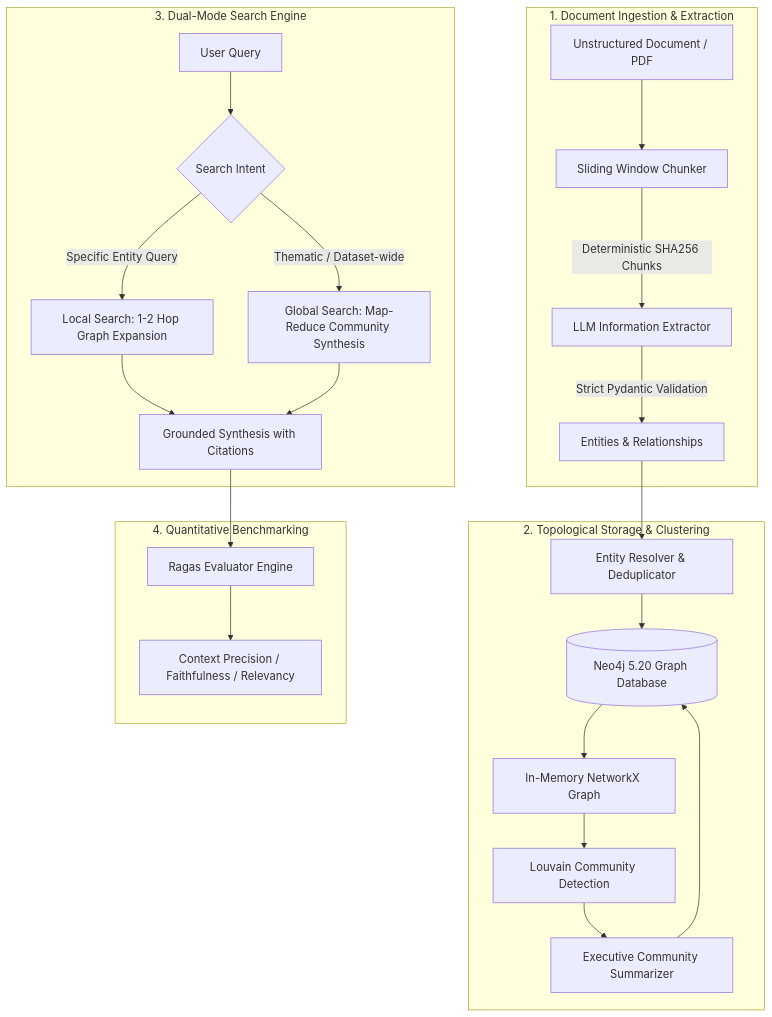
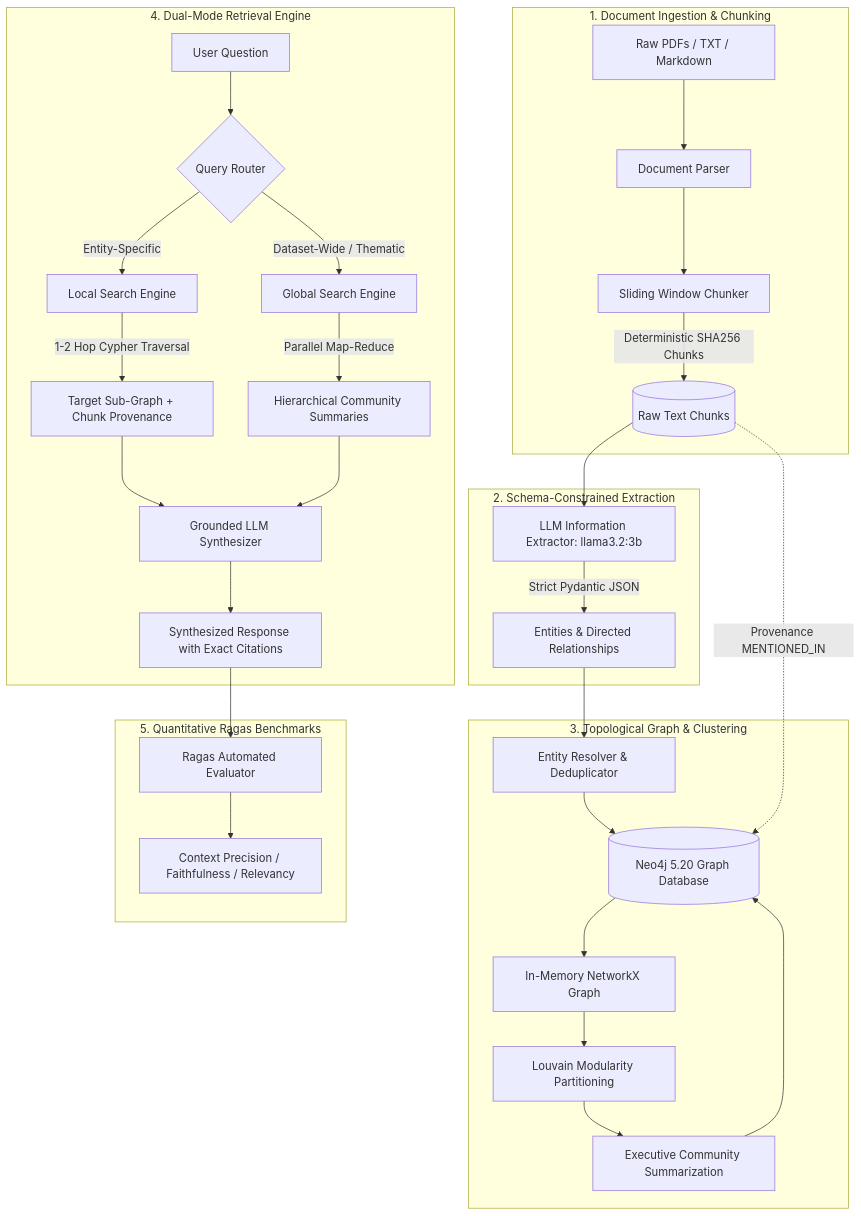
The diagram in README.md (RajatSharma404/GraphRAG), drawn with Mermaid before and after one commit. The commit also changed other lines of this file, not shown here.

Commit message:
docs: comprehensive detailed README with architecture, benchmarks, ADRs, and dual web UIs

````diff
--- a/README.md
+++ b/README.md
@@ -9,30 +36,41 @@
 ```mermaid
 flowchart TD
-    subgraph Ingestion ["1. Document Ingestion & Extraction"]
-        Doc[Unstructured Document / PDF] --> Chunker[Sliding Window Chunker]
-        Chunker -->|Deterministic SHA256 Chunks| Extractor[LLM Information Extractor]
-        Extractor -->|Strict Pydantic Validation| Schemas[Entities & Relationships]
+    subgraph Ingestion ["1. Document Ingestion & Chunking"]
+        RawDocs[Raw PDFs / TXT / Markdown] --> Parser[Document Parser]
+        Parser --> Chunker[Sliding Window Chunker]
+        Chunker -->|Deterministic SHA256 Chunks| Chunks[(Raw Text Chunks)]
     end
 
-    subgraph GraphDB ["2. Topological Storage & Clustering"]
-        Schemas --> Ingester[Entity Resolver & Deduplicator]
-        Ingester --> Neo4j[(Neo4j 5.20 Graph Database)]
-        Neo4j --> NetworkX[In-Memory NetworkX Graph]
-        NetworkX --> Louvain[Louvain Community Detection]
-        Louvain --> Summarizer[Executive Community Summarizer]
+    subgraph Extraction ["2. Schema-Constrained Extraction"]
+        Chunks --> Extractor[LLM Information Extractor: llama3.2:3b]
+        Extractor -->|Strict Pydantic JSON| Schemas[Entities & Directed Relationships]
+    end
+
+    subgraph GraphDB ["3. Topological Graph & Clustering"]
+        Schemas --> Resolver[Entity Resolver & Deduplicator]
+        Resolver --> Neo4j[(Neo4j 5.20 Graph Database)]
+        Chunks -.->|Provenance MENTIONED_IN| Neo4j
+        Neo4j --> Projection[In-Memory NetworkX Graph]
+        Projection --> Louvain[Louvain Modularity Partitioning]
+        Louvain --> Summarizer[Executive Community Summarization]
         Summarizer --> Neo4j
     end
 
-    subgraph DualRetrieval ["3. Dual-Mode Search Engine"]
-        UserQ[User Query] --> Router{Search Intent}
-        Router -->|Specific Entity Query| Local[Local Search: 1-2 Hop Graph Expansion]
-        Router -->|Thematic / Dataset-wide| Global[Global Search: Map-Reduce Community Synthesis]
-        Local --> Synthesis[Grounded Synthesis with Citations]
-        Global --> Synthesis
+    subgraph Retrieval ["4. Dual-Mode Retrieval Engine"]
+        UserQuery[User Question] --> Router{Query Router}
+        Router -->|Entity-Specific| LocalSearch[Local Search Engine]
+        Router -->|Dataset-Wide / Thematic| GlobalSearch[Global Search Engine]
+        
+        LocalSearch -->|1-2 Hop Cypher Traversal| SubGraph[Target Sub-Graph + Chunk Provenance]
+        GlobalSearch -->|Parallel Map-Reduce| CommSummaries[Hierarchical Community Summaries]
+        
+        SubGraph --> Generator[Grounded LLM Synthesizer]
+        CommSummaries --> Generator
+        Generator --> FinalAnswer[Synthesized Response with Exact Citations]
     end
 
-    subgraph Evaluation ["4. Quantitative Benchmarking"]
-        Synthesis --> Evaluator[Ragas Evaluator Engine]
+    subgraph Evaluation ["5. Quantitative Ragas Benchmarks"]
+        FinalAnswer --> Evaluator[Ragas Automated Evaluator]
         Evaluator --> Metrics[Context Precision / Faithfulness / Relevancy]
     end
 ```
````
